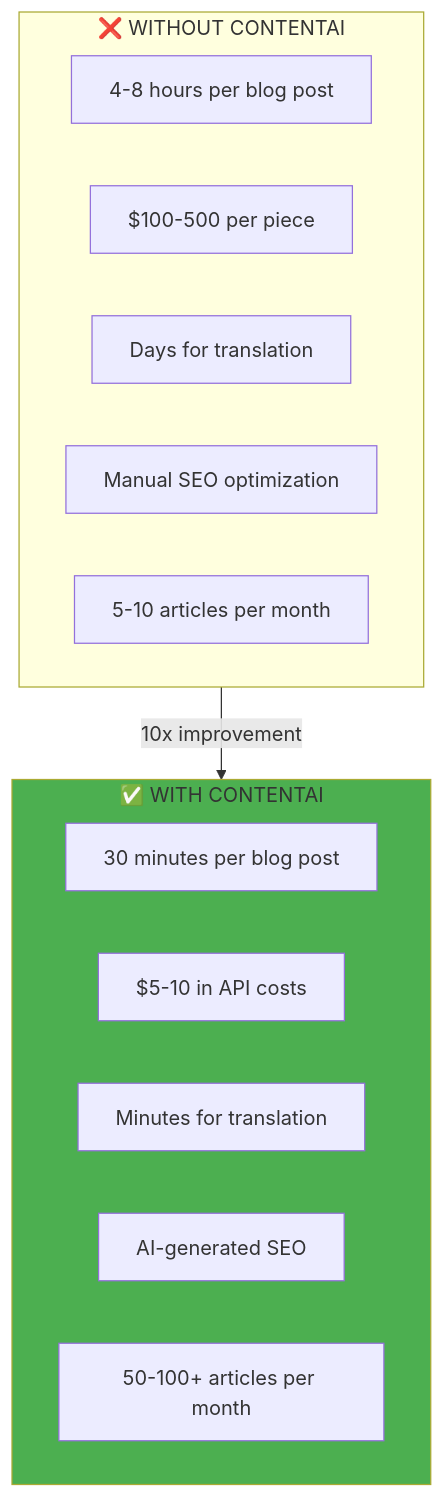
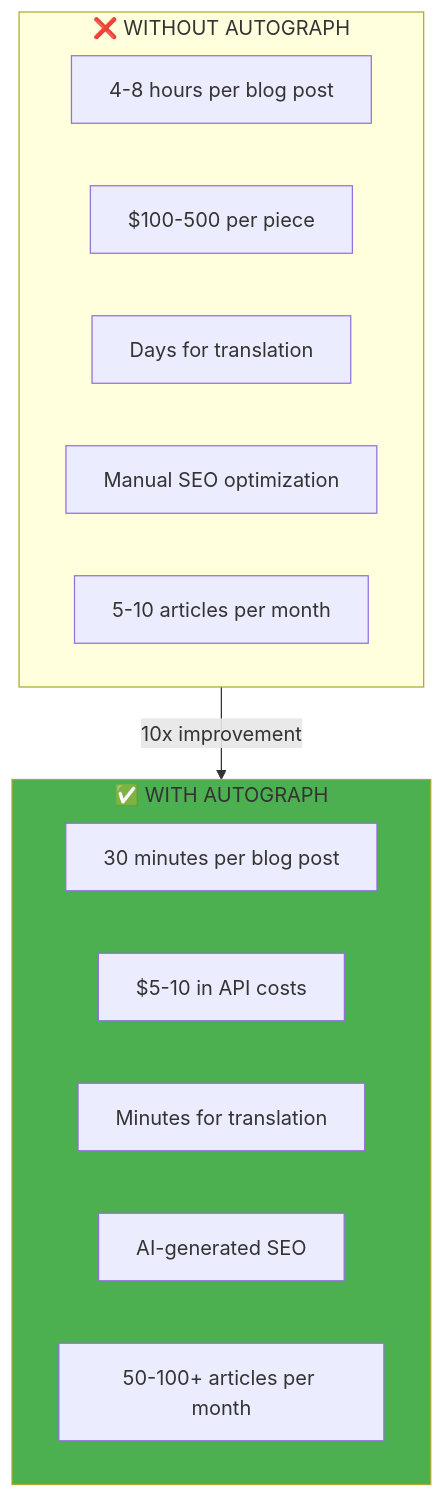
Before and after one commit to PearlThoughtsInternship/Internship-Obsidian-Vault: the first of 9 diagrams in DevOps/01-Product/03-Capabilities.md, drawn with Mermaid. The commit also changed other lines of this file and 7 other files, not shown here.

````diff
--- a/DevOps/01-Product/03-Capabilities.md
+++ b/DevOps/01-Product/03-Capabilities.md
@@ -10,22 +10,22 @@
 ```mermaid
 flowchart TB
-    subgraph Before["❌ WITHOUT CONTENTAI"]
+    subgraph Before["❌ WITHOUT AUTOGRAPH"]
         B1["4-8 hours per blog post"]
         B2["$100-500 per piece"]
         B3["Days for translation"]
         B4["Manual SEO optimization"]
         B5["5-10 articles per month"]
     end
 
-    subgraph After["✅ WITH CONTENTAI"]
+    subgraph After["✅ WITH AUTOGRAPH"]
         A1["30 minutes per blog post"]
         A2["$5-10 in API costs"]
         A3["Minutes for translation"]
         A4["AI-generated SEO"]
         A5["50-100+ articles per month"]
     end
 
     Before -->|"10x improvement"| After
 
     style After fill:#4CAF50
 ```
````
